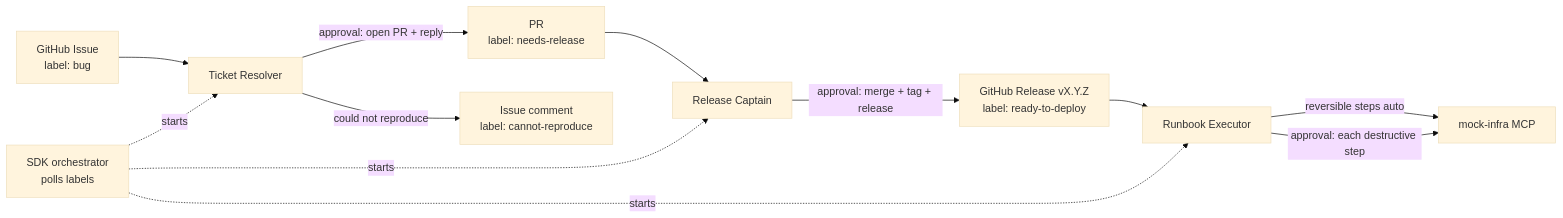
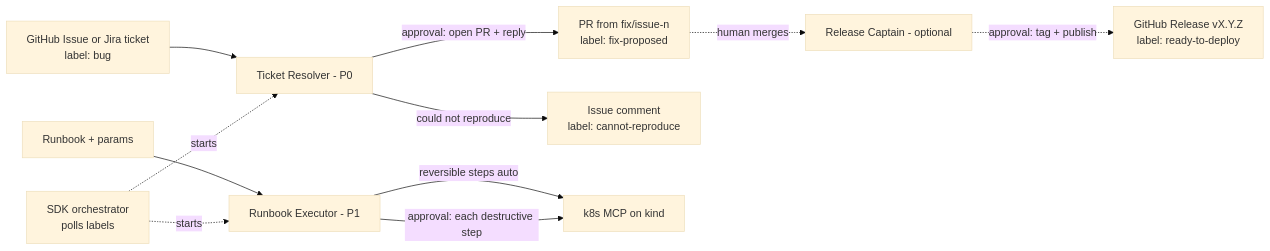
Before and after one commit to vishnuverse/trueforge-shipgate: the diagram in README.md, drawn with Mermaid (base theme). The commit also changed other lines of this file and 7 other files, not shown here.

First line of the commit message:
docs: Ticket Resolver first, humanize target, verified local TrueForge setup

````diff
--- a/README.md
+++ b/README.md
@@ -100,12 +124,12 @@
 ```mermaid
 flowchart LR
-  I[GitHub Issue\nlabel: bug] --> TR[Ticket Resolver]
-  TR -->|approval: open PR + reply| PR[PR\nlabel: needs-release]
+  I[GitHub Issue or Jira ticket\nlabel: bug] --> TR[Ticket Resolver - P0]
+  TR -->|approval: open PR + reply| PR[PR from fix/issue-n\nlabel: fix-proposed]
   TR -->|could not reproduce| CNR[Issue comment\nlabel: cannot-reproduce]
-  PR --> RC[Release Captain]
-  RC -->|approval: merge + tag + release| REL[GitHub Release vX.Y.Z\nlabel: ready-to-deploy]
-  REL --> RE[Runbook Executor]
-  RE -->|reversible steps auto| MI[mock-infra MCP]
-  RE -->|approval: each destructive step| MI
-  O[SDK orchestrator\npolls labels] -.starts.-> TR & RC & RE
+  PR -.human merges.-> RC[Release Captain - optional]
+  RC -.approval: tag + publish.-> REL[GitHub Release vX.Y.Z\nlabel: ready-to-deploy]
+  RB[Runbook + params] --> RE[Runbook Executor - P1]
+  RE -->|reversible steps auto| K8S[k8s MCP on kind]
+  RE -->|approval: each destructive step| K8S
+  O[SDK orchestrator\npolls labels] -.starts.-> TR & RE
 ```
````
